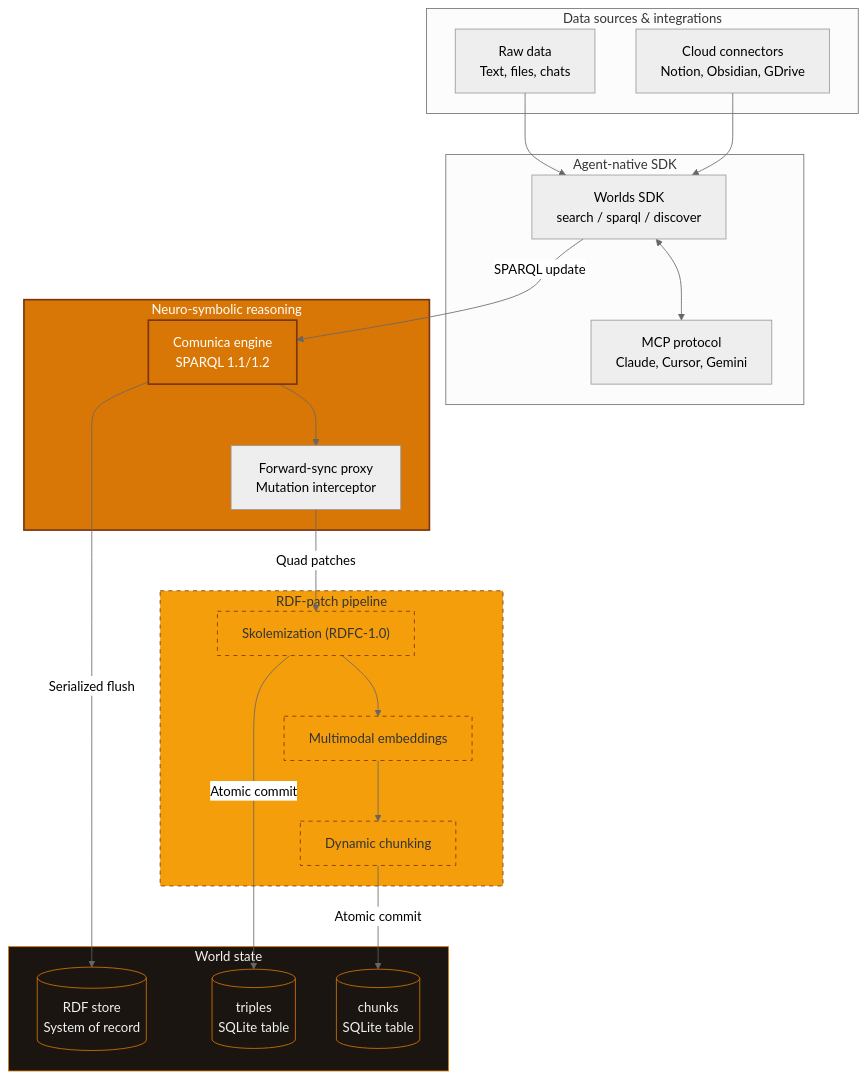
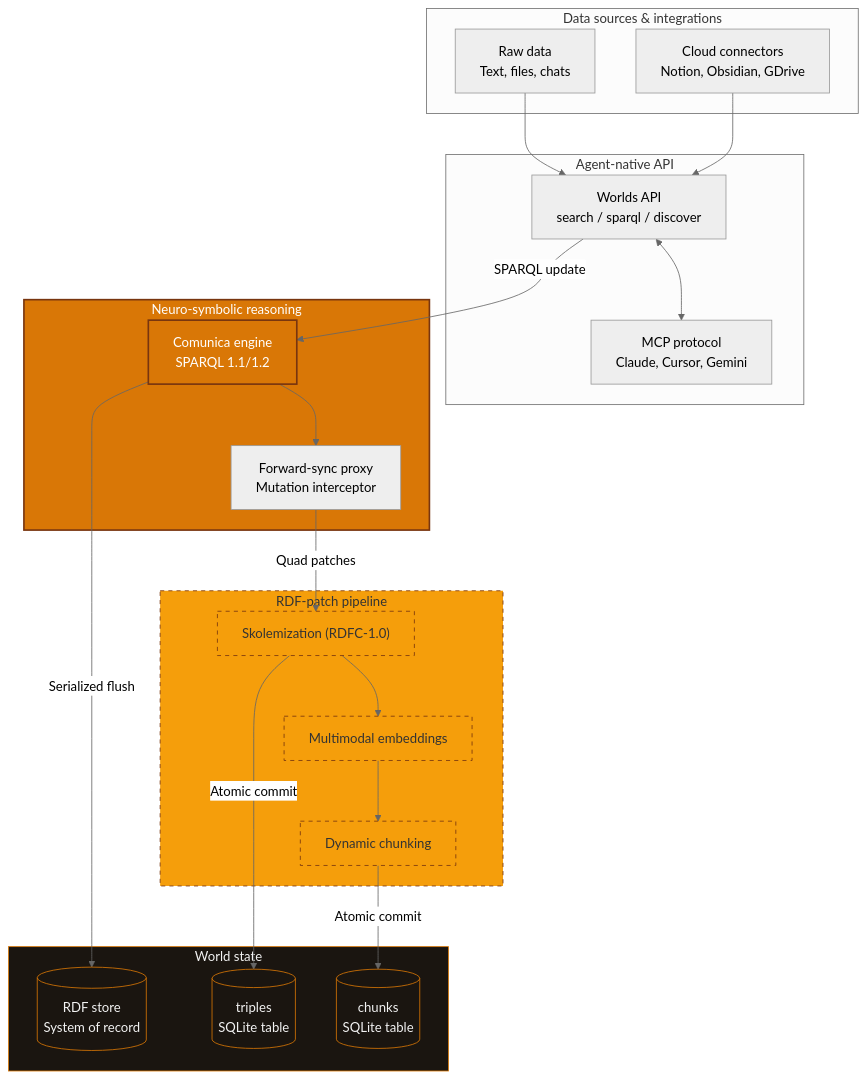
Before and after one commit to wazootech/worlds: the third of 5 diagrams in packages/docs/contribute/architecture.mdx, drawn with Mermaid (neutral theme). The commit also changed other lines of this file and 11 other files, not shown here.

````diff
--- a/packages/docs/contribute/architecture.mdx
+++ b/packages/docs/contribute/architecture.mdx
@@ -150,56 +150,56 @@
 ```mermaid
 flowchart TD
     %% Global Styling
     classDef engine fill:#D97706,stroke:#78350F,stroke-width:2px,color:#fff;
     classDef persistence fill:#1a1510,stroke:#D97706,stroke-width:1px,color:#f2f2f2;
     classDef process fill:#F59E0B,stroke:#78350F,stroke-dasharray: 5 5,color:#333;
 
     subgraph Sources ["Data sources & integrations"]
         RAW["Raw data<br/>Text, files, chats"]
         CLOUD["Cloud connectors<br/>Notion, Obsidian, GDrive"]
     end
 
-    subgraph Ingestion ["Agent-native SDK"]
-        SDK["Worlds SDK<br/>search / sparql / discover"]
+    subgraph Ingestion ["Agent-native API"]
+        API["Worlds API<br/>search / sparql / discover"]
         MCP["MCP protocol<br/>Claude, Cursor, Gemini"]
     end
 
     subgraph Core ["Neuro-symbolic reasoning"]
         SPARQL["Comunica engine<br/>SPARQL 1.1/1.2"]
         PROXY["Forward-sync proxy<br/>Mutation interceptor"]
     end
 
     subgraph Pipeline ["RDF-patch pipeline"]
         SKOLEM["Skolemization (RDFC-1.0)"]
         EMBED["Multimodal embeddings"]
         CHUNK["Dynamic chunking"]
     end
 
     subgraph State ["World state"]
         BLOBS[("RDF store<br/>System of record")]
         TRIPLES[("triples<br/>SQLite table")]
         CHUNKS[("chunks<br/>SQLite table")]
     end
 
     %% Data Flow
-    RAW --> SDK
-    CLOUD --> SDK
-    SDK <--> MCP
+    RAW --> API
+    CLOUD --> API
+    API <--> MCP
 
-    SDK -->|SPARQL update| SPARQL
+    API -->|SPARQL update| SPARQL
     SPARQL --> PROXY
 
     PROXY -->|Quad patches| SKOLEM
     SKOLEM --> EMBED
     EMBED --> CHUNK
 
     SKOLEM -->|Atomic commit| TRIPLES
     CHUNK -->|Atomic commit| CHUNKS
 
     SPARQL -->|Serialized flush| BLOBS
 
     %% Assignments
     class Core,SPARQL,N3 engine;
     class State,BLOBS,TRIPLES,CHUNKS persistence;
     class Pipeline,SKOLEM,EMBED,CHUNK process;
 ```
````
